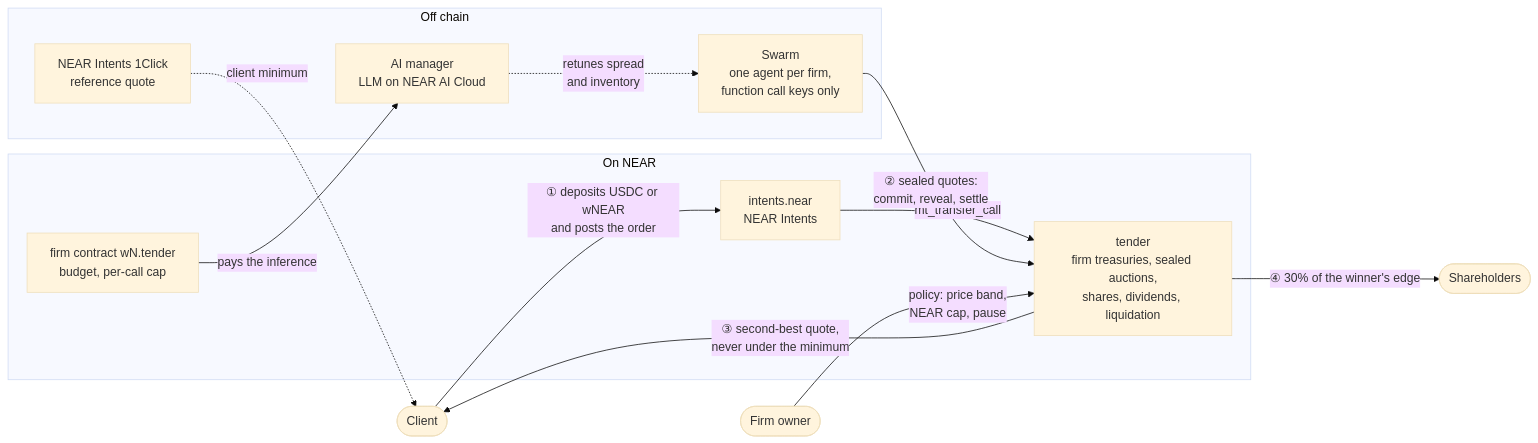
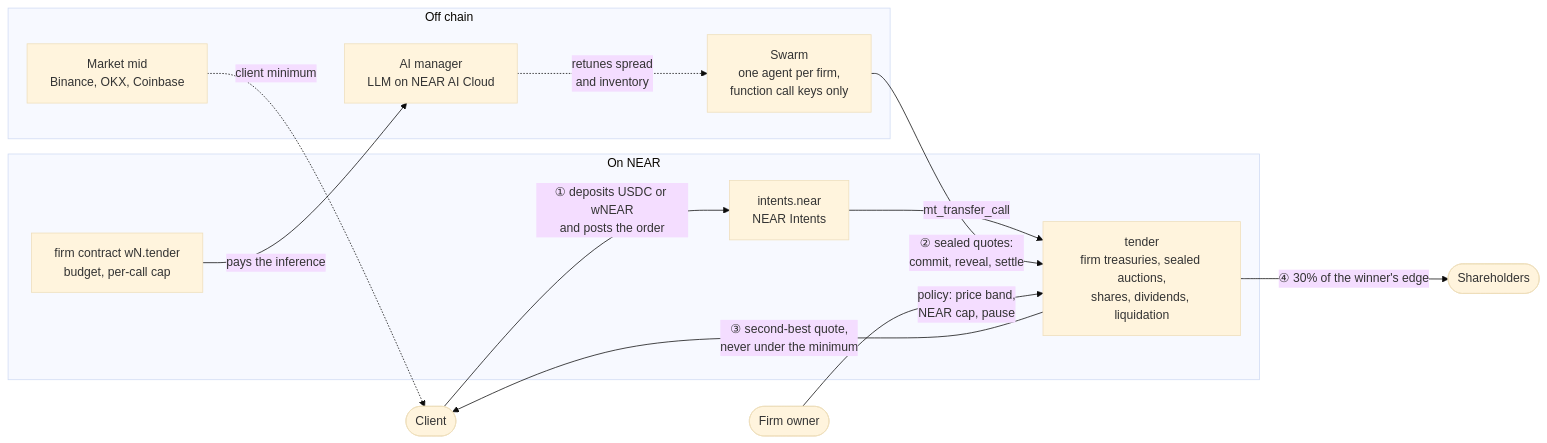
The diagram in README.md (4n0nn43x/tontine), drawn with Mermaid (base theme) before and after one commit. The commit also changed other lines of this file and 2 other files, not shown here.

First line of the commit message:
Docs: markets, market reference, AI features with the bench results, Base users, revenue and audit 19 to 25

````diff
--- a/README.md
+++ b/README.md
@@ -203,28 +270,28 @@
 ```mermaid
 flowchart LR
     client(["Client"])
     owner(["Firm owner"])
     holders(["Shareholders"])
 
     subgraph off["Off chain"]
-        quote["NEAR Intents 1Click<br/>reference quote"]
+        quote["Market mid<br/>Binance, OKX, Coinbase"]
         swarm["Swarm<br/>one agent per firm,<br/>function call keys only"]
         ai["AI manager<br/>LLM on NEAR AI Cloud"]
     end
 
     subgraph onchain["On NEAR"]
         intents["intents.near<br/>NEAR Intents"]
         tender["tender<br/>firm treasuries, sealed auctions,<br/>shares, dividends, liquidation"]
         firm["firm contract wN.tender<br/>budget, per-call cap"]
     end
 
     quote -. "client minimum" .-> client
     client -- "① deposits USDC or wNEAR<br/>and posts the order" --> intents
     intents -- "mt_transfer_call" --> tender
     swarm -- "② sealed quotes:<br/>commit, reveal, settle" --> tender
     tender -- "③ second-best quote,<br/>never under the minimum" --> client
     tender -- "④ 30% of the winner's edge" --> holders
     owner -- "policy: price band,<br/>NEAR cap, pause" --> tender
     ai -. "retunes spread<br/>and inventory" .-> swarm
     firm -- "pays the inference" --> ai
 ```
````
